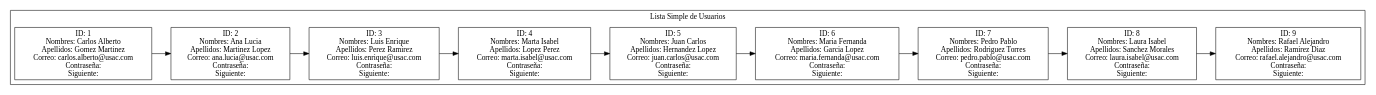
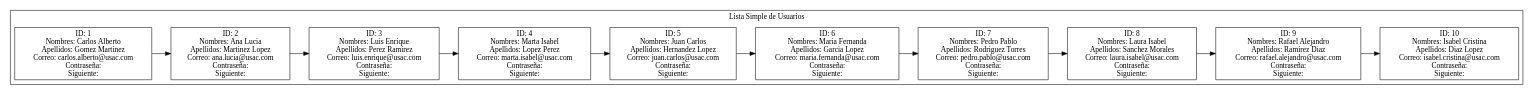
One commit to eric-rojas/-EDD-1S2025_202200331 changed the diagram in AutoGestPro/Reports/usuarios.dot. Above: the diagram before and after it, drawn with Graphviz. The commit also changed 27 other files, not shown here.

Commit message:
graphviz para las 3 listas

```diff
--- a/AutoGestPro/Reports/usuarios.dot
+++ b/AutoGestPro/Reports/usuarios.dot
@@ -1,24 +1,26 @@
 digraph G {
     node [shape=record];
     rankdir=LR;
     subgraph cluster_0 {
         label = "Lista Simple de Usuarios";
         n0 [label = "{<data> ID: 1 \nNombres: Carlos Alberto \nApellidos: Gomez Martinez \nCorreo: carlos.alberto@usac.com \nContraseña:  \nSiguiente: }"];
         n1 [label = "{<data> ID: 2 \nNombres: Ana Lucia \nApellidos: Martinez Lopez \nCorreo: ana.lucia@usac.com \nContraseña:  \nSiguiente: }"];
         n2 [label = "{<data> ID: 3 \nNombres: Luis Enrique \nApellidos: Perez Ramirez \nCorreo: luis.enrique@usac.com \nContraseña:  \nSiguiente: }"];
         n3 [label = "{<data> ID: 4 \nNombres: Marta Isabel \nApellidos: Lopez Perez \nCorreo: marta.isabel@usac.com \nContraseña:  \nSiguiente: }"];
         n4 [label = "{<data> ID: 5 \nNombres: Juan Carlos \nApellidos: Hernandez Lopez \nCorreo: juan.carlos@usac.com \nContraseña:  \nSiguiente: }"];
         n5 [label = "{<data> ID: 6 \nNombres: Maria Fernanda \nApellidos: Garcia Lopez \nCorreo: maria.fernanda@usac.com \nContraseña:  \nSiguiente: }"];
         n6 [label = "{<data> ID: 7 \nNombres: Pedro Pablo \nApellidos: Rodriguez Torres \nCorreo: pedro.pablo@usac.com \nContraseña:  \nSiguiente: }"];
         n7 [label = "{<data> ID: 8 \nNombres: Laura Isabel \nApellidos: Sanchez Morales \nCorreo: laura.isabel@usac.com \nContraseña:  \nSiguiente: }"];
         n8 [label = "{<data> ID: 9 \nNombres: Rafael Alejandro \nApellidos: Ramirez Diaz \nCorreo: rafael.alejandro@usac.com \nContraseña:  \nSiguiente: }"];
+        n9 [label = "{<data> ID: 10 \nNombres: Isabel Cristina \nApellidos: Diaz Lopez \nCorreo: isabel.cristina@usac.com \nContraseña:  \nSiguiente: }"];
         n0 -> n1;
         n1 -> n2;
         n2 -> n3;
         n3 -> n4;
         n4 -> n5;
         n5 -> n6;
         n6 -> n7;
         n7 -> n8;
+        n8 -> n9;
     }
 }
```
